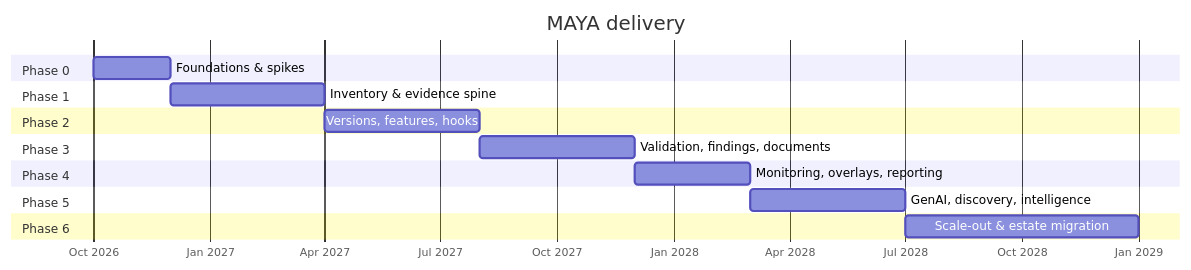
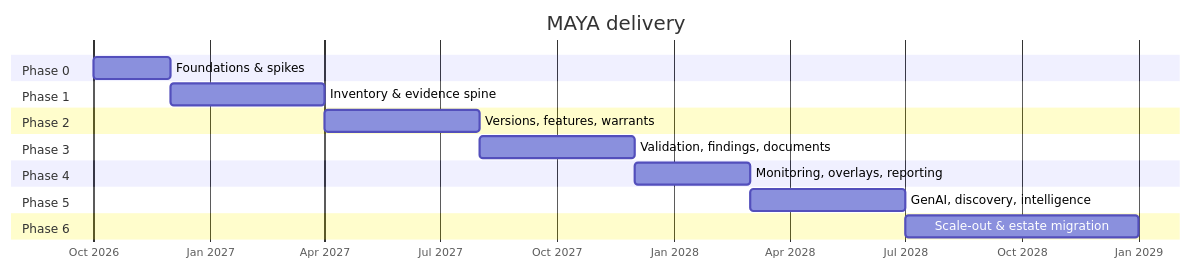
The diagram in docs/10-roadmap.md (ajsinha/maya), drawn with Mermaid before and after one commit. The commit also changed other lines of this file and 50 other files, not shown here.

````diff
--- a/docs/10-roadmap.md
+++ b/docs/10-roadmap.md
@@ -25,20 +25,20 @@
 ```mermaid
 gantt
     title MAYA delivery
     dateFormat YYYY-MM
     axisFormat %b %Y
     section Phase 0
     Foundations & spikes            :p0, 2026-10, 2M
     section Phase 1
     Inventory & evidence spine      :p1, after p0, 4M
     section Phase 2
-    Versions, features, hooks       :p2, after p1, 4M
+    Versions, features, warrants       :p2, after p1, 4M
     section Phase 3
     Validation, findings, documents :p3, after p2, 4M
     section Phase 4
     Monitoring, overlays, reporting :p4, after p3, 3M
     section Phase 5
     GenAI, discovery, intelligence  :p5, after p4, 4M
     section Phase 6
     Scale-out & estate migration    :p6, after p5, 6M
 ```
````
